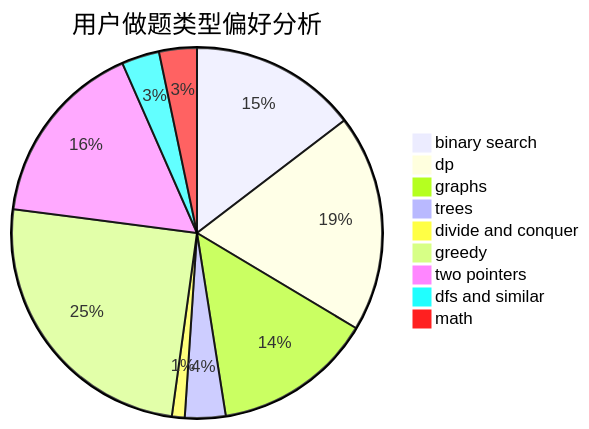
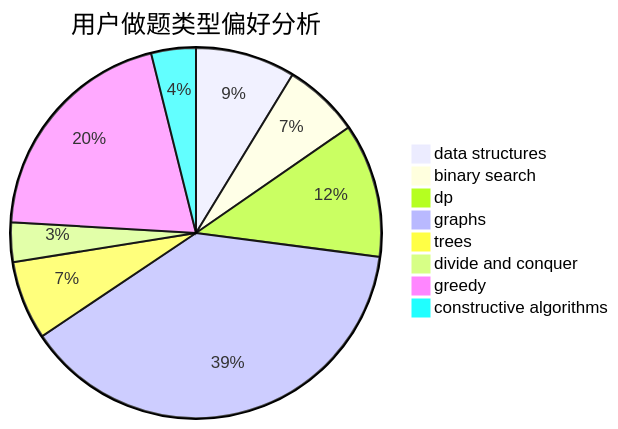
The second of 3 diagrams in docs/user/u1321.md (sherpahu/cfrs.github.io), drawn with Mermaid before and after one commit. The commit also changed other lines of this file and 2775 other files, not shown here.

````diff
--- a/docs/user/u1321.md
+++ b/docs/user/u1321.md
@@ -23,12 +23,11 @@
 ```mermaid
 pie title 用户做题类型偏好分析
-    "binary search" :  235
-    "dp" :  305
-    "graphs" :  224
-    "trees" :  57
-    "divide and conquer" :  18
-    "greedy" :  400
-    "two pointers" :  263
-    "dfs and similar" :  53
-    "math" :  53
+    "data structures" :  38
+    "binary search" :  29
+    "dp" :  51
+    "graphs" :  168
+    "trees" :  30
+    "divide and conquer" :  15
+    "greedy" :  88
+    "constructive algorithms" :  17
 ```
````
